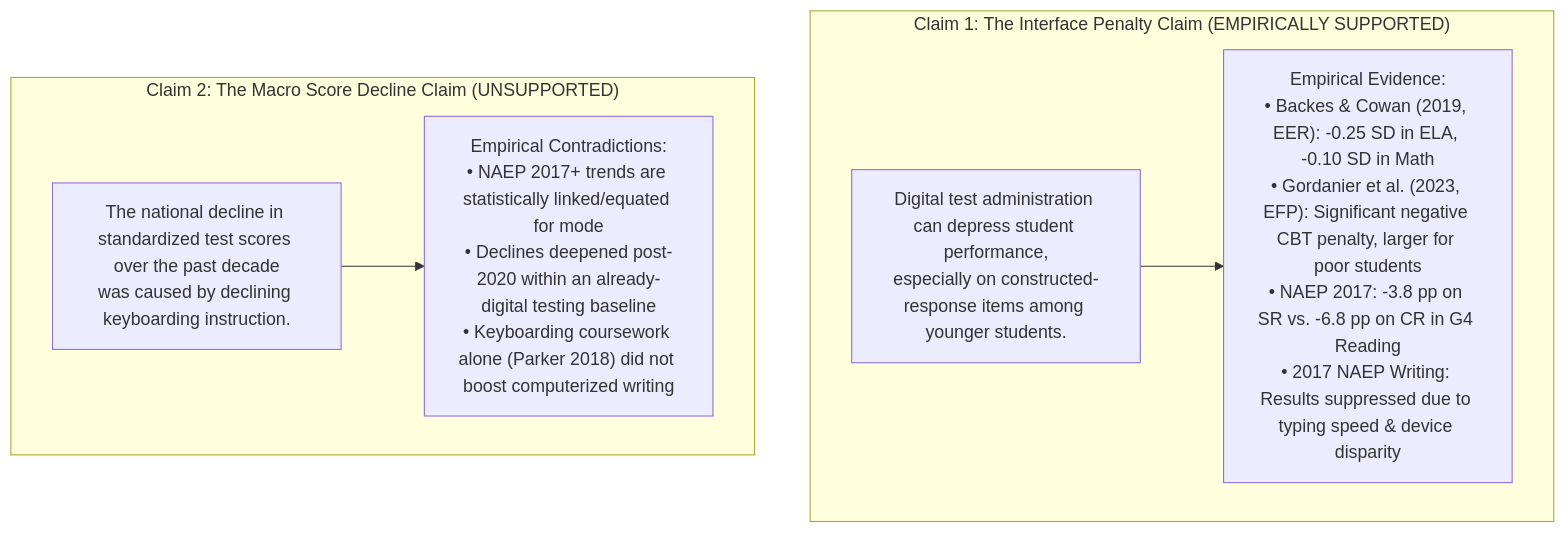
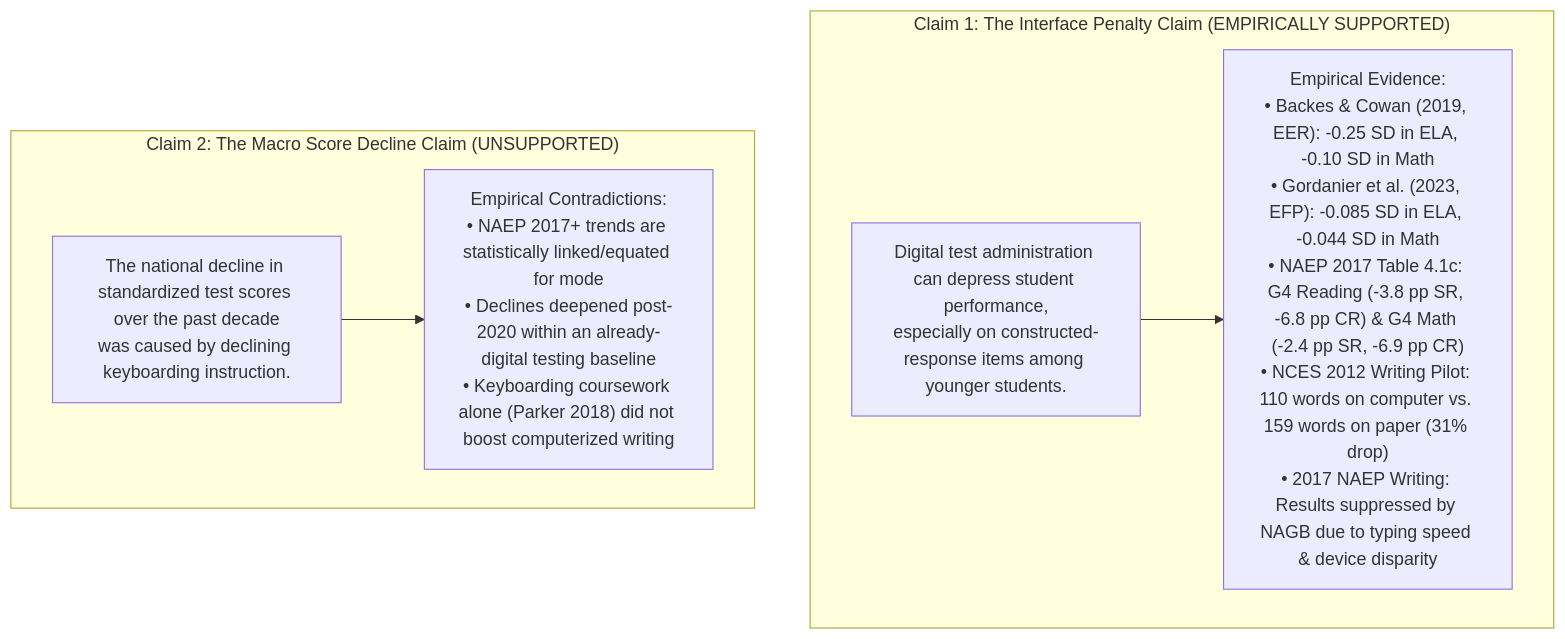
The first of 2 diagrams in 2026/2026-10-09-keyboarding-mode-effects/docs/research_design.md (admiralorbiter/computational-sketchbook), drawn with Mermaid before and after one commit. The commit also changed other lines of this file and 24 other files, not shown here.

````diff
--- a/2026/2026-10-09-keyboarding-mode-effects/docs/research_design.md
+++ b/2026/2026-10-09-keyboarding-mode-effects/docs/research_design.md
@@ -22,14 +22,14 @@
 ```mermaid
 flowchart TD
     subgraph Claim1["Claim 1: The Interface Penalty Claim (EMPIRICALLY SUPPORTED)"]
         C1["Digital test administration can depress student performance,\nespecially on constructed-response items among younger students."]
-        E1["Empirical Evidence:\n• Backes & Cowan (2019, EER): -0.25 SD in ELA, -0.10 SD in Math\n• Gordanier et al. (2023, EFP): Significant negative CBT penalty, larger for poor students\n• NAEP 2017: -3.8 pp on SR vs. -6.8 pp on CR in G4 Reading\n• 2017 NAEP Writing: Results suppressed due to typing speed & device disparity"]
+        E1["Empirical Evidence:\n• Backes & Cowan (2019, EER): -0.25 SD in ELA, -0.10 SD in Math\n• Gordanier et al. (2023, EFP): -0.085 SD in ELA, -0.044 SD in Math\n• NAEP 2017 Table 4.1c: G4 Reading (-3.8 pp SR, -6.8 pp CR) & G4 Math (-2.4 pp SR, -6.9 pp CR)\n• NCES 2012 Writing Pilot: 110 words on computer vs. 159 words on paper (31% drop)\n• 2017 NAEP Writing: Results suppressed by NAGB due to typing speed & device disparity"]
         C1 --> E1
     end
 
     subgraph Claim2["Claim 2: The Macro Score Decline Claim (UNSUPPORTED)"]
         C2["The national decline in standardized test scores over the past decade\nwas caused by declining keyboarding instruction."]
         E2["Empirical Contradictions:\n• NAEP 2017+ trends are statistically linked/equated for mode\n• Declines deepened post-2020 within an already-digital testing baseline\n• Keyboarding coursework alone (Parker 2018) did not boost computerized writing"]
         C2 --> E2
     end
 ```
````
